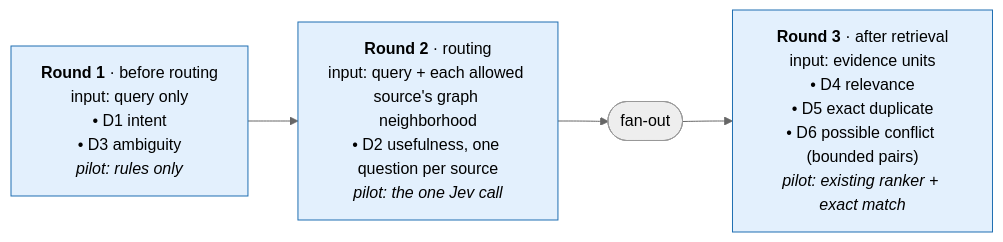
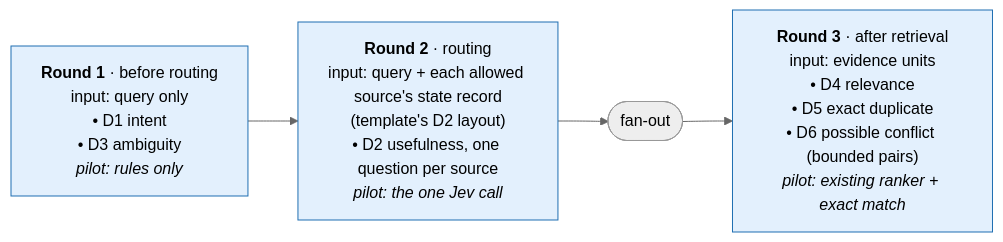
One commit to arunmenon/sanctum changed the sixth of 11 diagrams in design/intelligence-layer/hld.md. Above: the diagram before and after it, drawn with Mermaid (neutral theme). The commit also changed other lines of this file and 5 other files, not shown here.

````diff
--- a/design/intelligence-layer/hld.md
+++ b/design/intelligence-layer/hld.md
@@ -299,10 +309,10 @@
 ```mermaid
 flowchart LR
     R1["<b>Round 1</b> · before routing<br/>input: query only<br/>• D1 intent<br/>• D3 ambiguity<br/><i>pilot: rules only</i>"]
-    R2["<b>Round 2</b> · routing<br/>input: query + each allowed source's graph neighborhood<br/>• D2 usefulness, one question per source<br/><i>pilot: the one Jev call</i>"]
+    R2["<b>Round 2</b> · routing<br/>input: query + each allowed source's state record<br/>(template's D2 layout)<br/>• D2 usefulness, one question per source<br/><i>pilot: the one Jev call</i>"]
     R3["<b>Round 3</b> · after retrieval<br/>input: evidence units<br/>• D4 relevance<br/>• D5 exact duplicate<br/>• D6 possible conflict (bounded pairs)<br/><i>pilot: existing ranker + exact match</i>"]
     R1 --> R2 --> FO(["fan-out"]) --> R3
 
     classDef judge fill:#e3f0fd,stroke:#1f6fb2,color:#000
     class R1,R2,R3 judge
 ```
````
